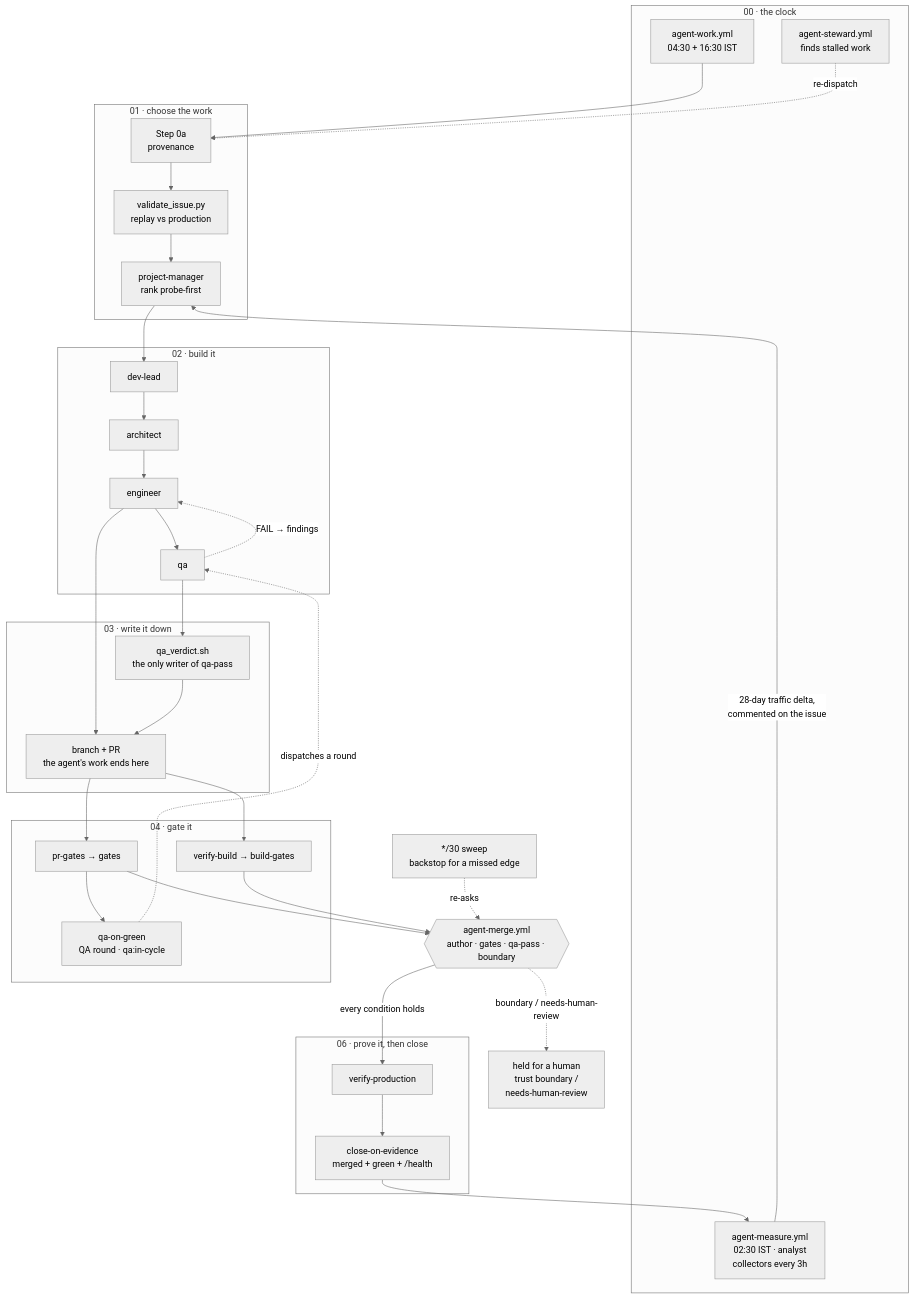
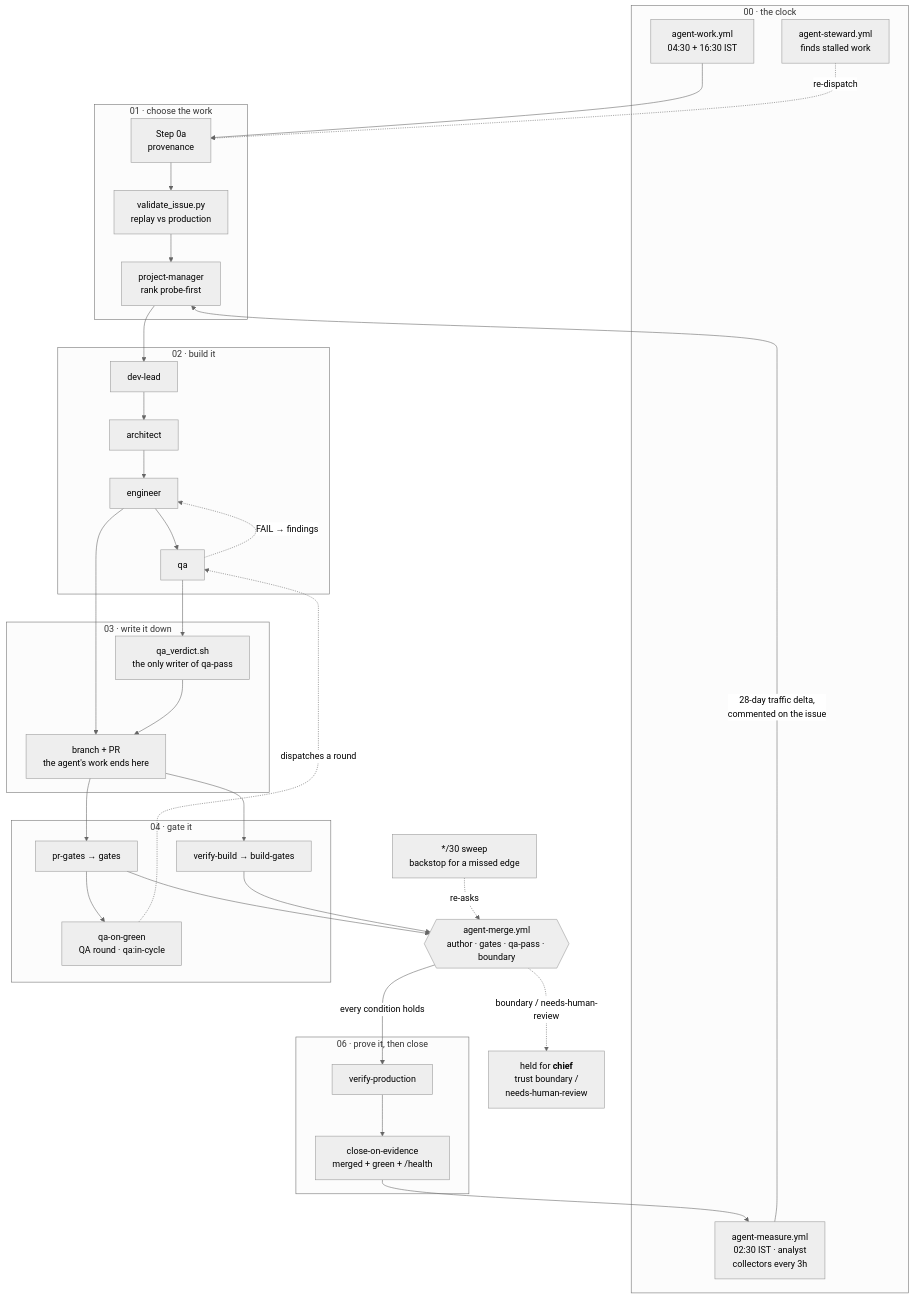
Before and after one commit to mahAnuj/astro-ai: the diagram in README.md, drawn with Mermaid (neutral theme). The commit also changed other lines of this file and 10 other files, not shown here.

````diff
--- a/README.md
+++ b/README.md
@@ -186,53 +186,53 @@
 ```mermaid
 flowchart TD
     subgraph CLOCK["00 · the clock"]
         W["agent-work.yml<br/>04:30 + 16:30 IST"]
         S["agent-steward.yml<br/>finds stalled work"]
         M["agent-measure.yml<br/>02:30 IST · analyst<br/>collectors every 3h"]
     end
 
     subgraph PICK["01 · choose the work"]
         P["Step 0a<br/>provenance"]
         V["validate_issue.py<br/>replay vs production"]
         R["project-manager<br/>rank probe-first"]
     end
 
     subgraph BUILD["02 · build it"]
         DL["dev-lead"] --> AR["architect"] --> EN["engineer"] --> QA["qa"]
         QA -. "FAIL → findings" .-> EN
     end
 
     subgraph WRITE["03 · write it down"]
         QV["qa_verdict.sh<br/>the only writer of qa-pass"]
         PR["branch + PR<br/>the agent's work ends here"]
     end
 
     subgraph GATE["04 · gate it"]
         G1["pr-gates → gates"]
         G2["verify-build → build-gates"]
         QG["qa-on-green<br/>QA round · qa:in-cycle"]
     end
 
     SW["*/30 sweep<br/>backstop for a missed edge"]
     AM{{"agent-merge.yml<br/>author · gates · qa-pass · boundary"}}
-    HOLD["held for a human<br/>trust boundary /<br/>needs-human-review"]
+    HOLD["held for <b>chief</b><br/>trust boundary /<br/>needs-human-review"]
 
     subgraph PROVE["06 · prove it, then close"]
         VP["verify-production"]
         CE["close-on-evidence<br/>merged + green + /health"]
     end
 
     W --> P --> V --> R --> DL
     S -. "re-dispatch" .-> P
     EN --> PR
     QA --> QV --> PR
     PR --> G1 & G2
     G1 --> QG
     G1 & G2 --> AM
     QG -. "dispatches a round" .-> QA
     SW -. "re-asks" .-> AM
     AM -- "every condition holds" --> VP --> CE
     AM -. "boundary / needs-human-review" .-> HOLD
     CE --> M
     M -- "28-day traffic delta,<br/>commented on the issue" --> R
 ```
````
